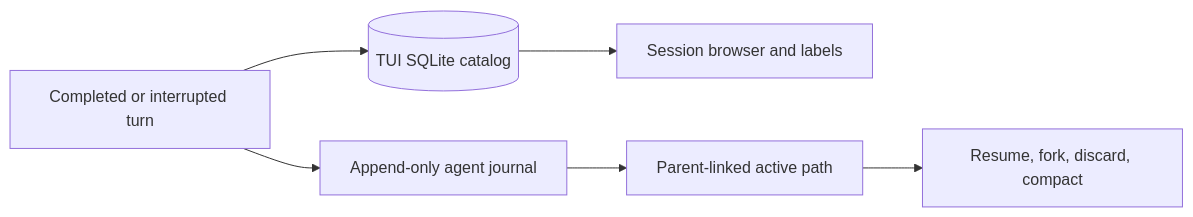
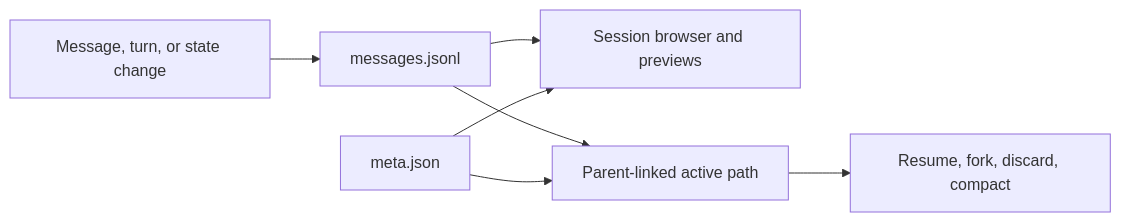
One commit to lseman/logician changed the first of 2 diagrams in docs/architecture/sessions.md. Above: the diagram before and after it, drawn with Mermaid. The commit also changed other lines of this file and 37 other files, not shown here.

````diff
--- a/docs/architecture/sessions.md
+++ b/docs/architecture/sessions.md
@@ -10,8 +12,9 @@
 ```mermaid
 flowchart LR
-    Turn[Completed or interrupted turn] --> Catalog[(TUI SQLite catalog)]
-    Turn --> Journal[Append-only agent journal]
-    Catalog --> Browser[Session browser and labels]
+    Turn[Message, turn, or state change] --> Journal[messages.jsonl]
+    Journal --> Browser[Session browser and previews]
     Journal --> ActivePath[Parent-linked active path]
     ActivePath --> Resume[Resume, fork, discard, compact]
+    Metadata[meta.json] --> Browser
+    Metadata --> ActivePath
 ```
````
